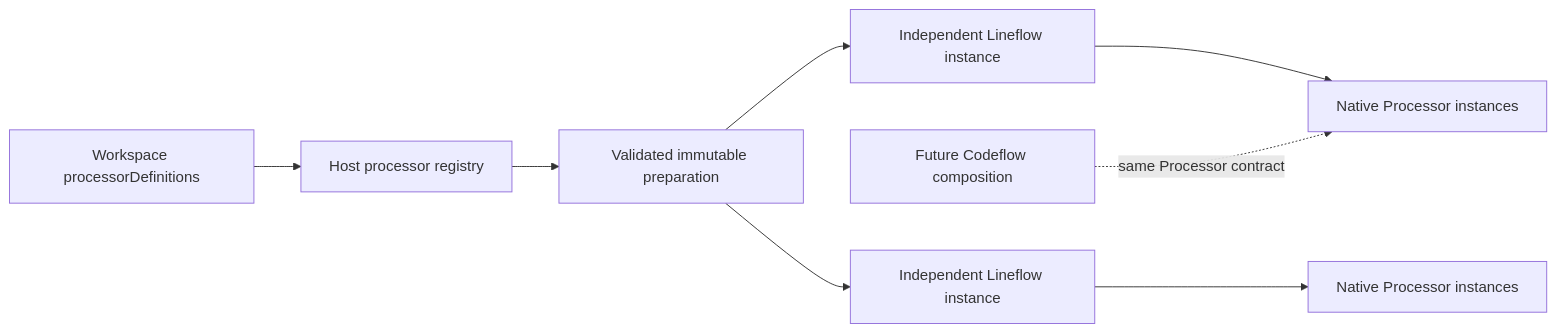
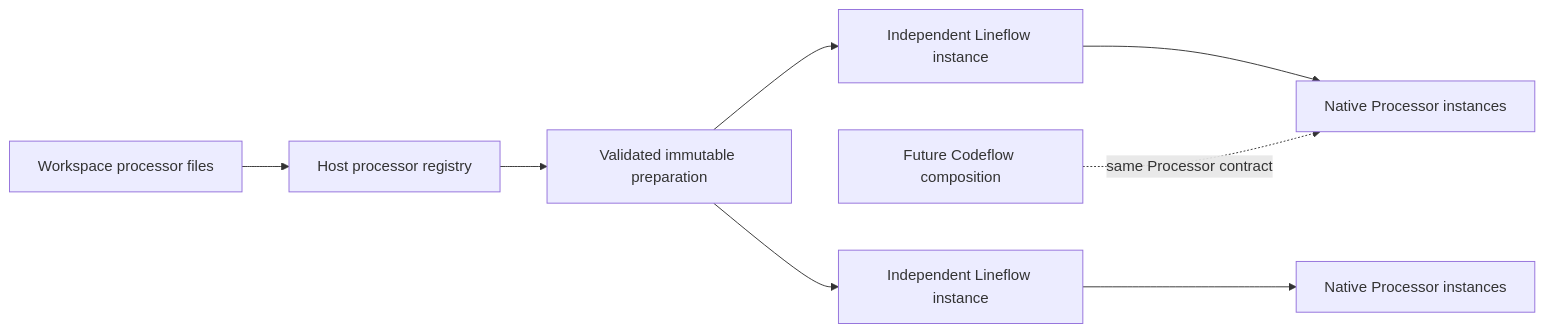
One commit to Octaviarius/TermMaster changed the first of 4 diagrams in docs/processing-core.md. Above: the diagram before and after it, drawn with Mermaid. The commit also changed other lines of this file and 5 other files, not shown here.

Commit message:
docs: record terminal processing architecture and acceptance

````diff
--- a/docs/processing-core.md
+++ b/docs/processing-core.md
@@ -13,10 +13,10 @@
 ```mermaid
 flowchart LR
-    W[Workspace processorDefinitions] --> R[Host processor registry]
+    W[Workspace processor files] --> R[Host processor registry]
     R --> P[Validated immutable preparation]
     P --> RX[Independent Lineflow instance]
     P --> TX[Independent Lineflow instance]
     RX --> N[Native Processor instances]
     TX --> M[Native Processor instances]
     F[Future Codeflow composition] -. same Processor contract .-> N
 ```
````
